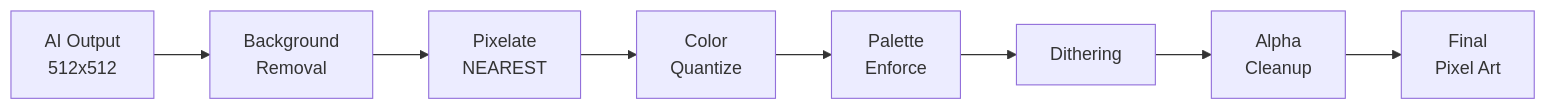
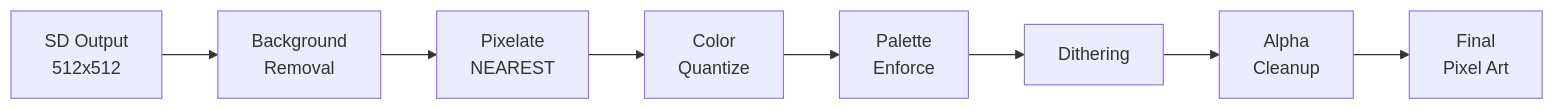
One commit to FeelTheFonk/SDDj changed the third of 3 diagrams in docs/GUIDE.md. Above: the diagram before and after it, drawn with Mermaid. The commit also changed other lines of this file and 6 other files, not shown here.

````diff
--- a/docs/GUIDE.md
+++ b/docs/GUIDE.md
@@ -310,10 +310,10 @@
 ```mermaid
 flowchart LR
-    A[AI Output<br>512x512] --> B[Background<br>Removal]
+    A[SD Output<br>512x512] --> B[Background<br>Removal]
     B --> C[Pixelate<br>NEAREST]
     C --> D[Color<br>Quantize]
     D --> E[Palette<br>Enforce]
     E --> F[Dithering]
     F --> G[Alpha<br>Cleanup]
     G --> H[Final<br>Pixel Art]
 ```
````
